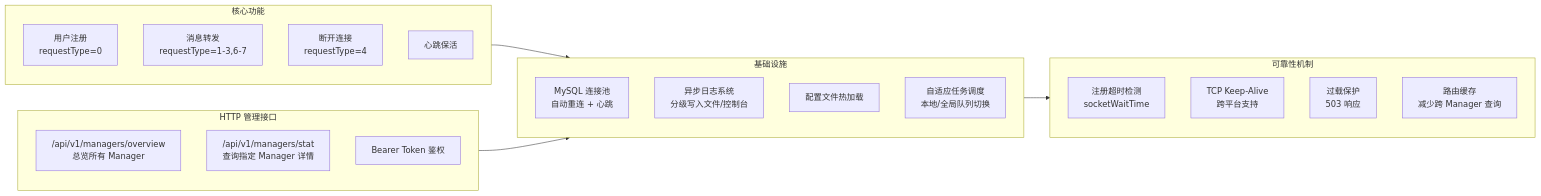
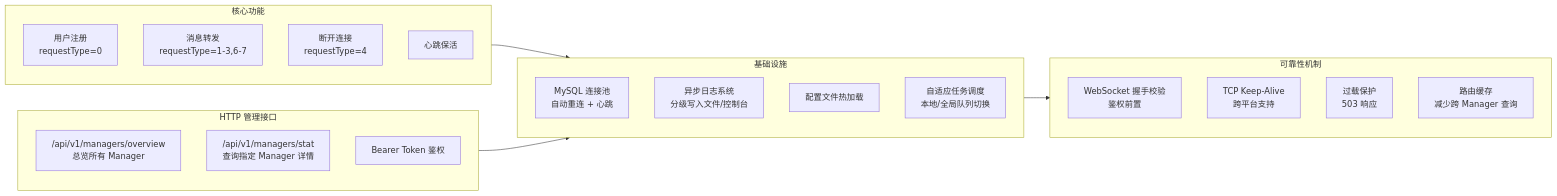
The fourth of 5 diagrams in webrtc-signal-server.md (HopeTiga/HopeDesk), drawn with Mermaid before and after one commit. The commit also changed other lines of this file, not shown here.

````diff
--- a/webrtc-signal-server.md
+++ b/webrtc-signal-server.md
@@ -206,33 +206,33 @@
 ```mermaid
 graph LR
     subgraph Core["核心功能"]
         REG["用户注册<br/>requestType=0"]
         FWD["消息转发<br/>requestType=1-3,6-7"]
         CLOSE["断开连接<br/>requestType=4"]
         PING["心跳保活"]
     end
 
     subgraph HTTP["HTTP 管理接口"]
         OVERVIEW["/api/v1/managers/overview<br/>总览所有 Manager"]
         STAT["/api/v1/managers/stat<br/>查询指定 Manager 详情"]
         AUTH["Bearer Token 鉴权"]
     end
 
     subgraph Infra2["基础设施"]
         MYSQL_POOL["MySQL 连接池<br/>自动重连 + 心跳"]
         ASYNC_LOG["异步日志系统<br/>分级写入文件/控制台"]
         CONFIG["配置文件热加载"]
         TASK_SCHED["自适应任务调度<br/>本地/全局队列切换"]
     end
 
     subgraph Reliability["可靠性机制"]
-        TIMEOUT["注册超时检测<br/>socketWaitTime"]
+        HANDSHAKE["WebSocket 握手校验<br/>鉴权前置"]
         KEEPALIVE["TCP Keep-Alive<br/>跨平台支持"]
         OVERLOAD_PROT["过载保护<br/>503 响应"]
         ROUTE_CACHE["路由缓存<br/>减少跨 Manager 查询"]
     end
 
     Core --> Infra2
     HTTP --> Infra2
     Infra2 --> Reliability
 ```
````
